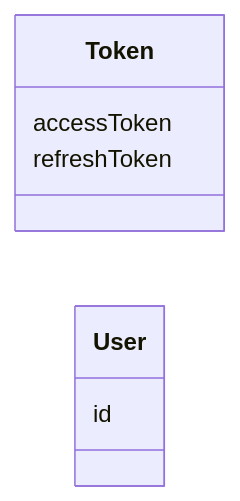
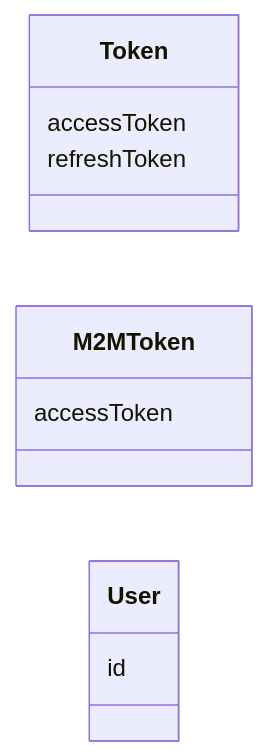
One commit to qkitzero/auth-service changed the first of 2 diagrams in README.md. Above: the diagram before and after it, drawn with Mermaid. The commit also changed other lines of this file, not shown here.

Commit message:
update: readme (#149)

````diff
--- a/README.md
+++ b/README.md
@@ -22,13 +24,17 @@
 ```mermaid
 classDiagram
     direction LR
 
     class Token {
         accessToken
         refreshToken
     }
 
+    class M2MToken {
+        accessToken
+    }
+
     class User {
         id
     }
 ```
````
